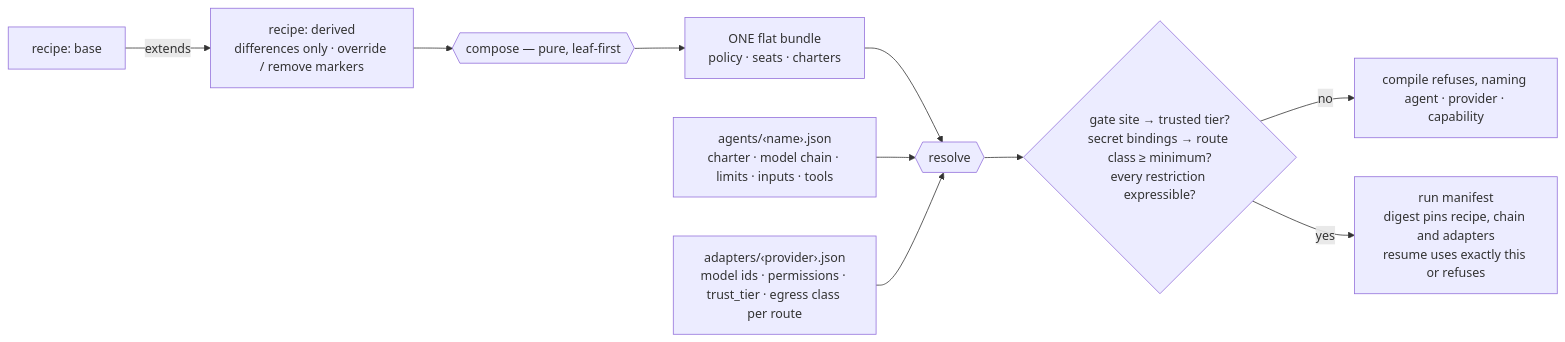
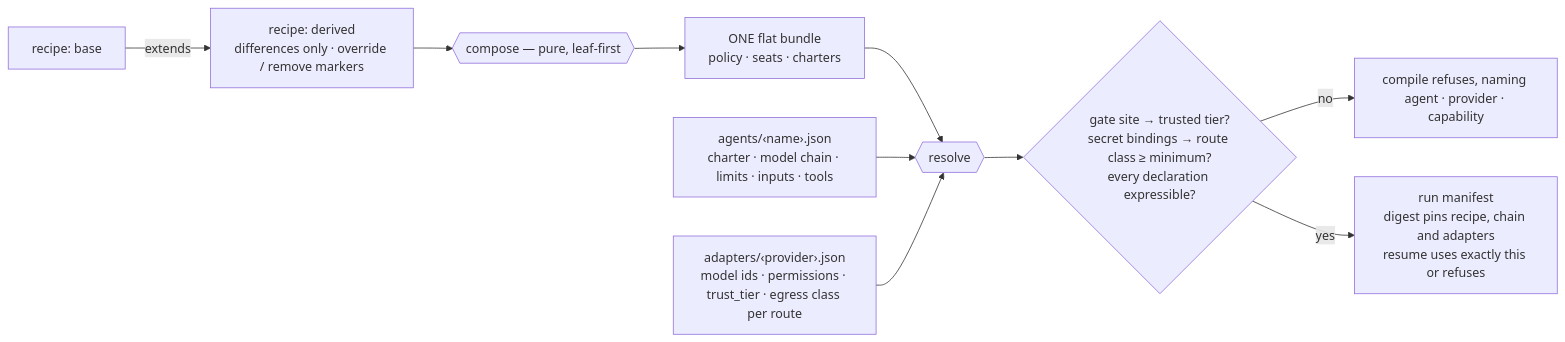
The seventh of 8 diagrams in ARCHITECTURE.md (feedback-loop-ai/brokkr), drawn with Mermaid before and after one commit. The commit also changed other lines of this file and 38 other files, not shown here.

````diff
--- a/ARCHITECTURE.md
+++ b/ARCHITECTURE.md
@@ -188,11 +188,11 @@
 ```mermaid
 flowchart LR
   base["recipe: base"] -- "extends" --> leaf["recipe: derived<br/>differences only · override / remove markers"]
   leaf --> compose{{"compose — pure, leaf-first"}} --> flat["ONE flat bundle<br/>policy · seats · charters"]
   flat --> resolve{{"resolve"}}
   agents["agents/‹name›.json<br/>charter · model chain · limits · inputs · tools"] --> resolve
   adapters["adapters/‹provider›.json<br/>model ids · permissions · trust_tier · egress class per route"] --> resolve
-  resolve --> checks{"gate site → trusted tier?<br/>secret bindings → route class ≥ minimum?<br/>every restriction expressible?"}
+  resolve --> checks{"gate site → trusted tier?<br/>secret bindings → route class ≥ minimum?<br/>every declaration expressible?"}
   checks -- "no" --> refuse["compile refuses, naming agent · provider · capability"]
   checks -- "yes" --> manifest["run manifest<br/>digest pins recipe, chain and adapters<br/>resume uses exactly this or refuses"]
 ```
````
